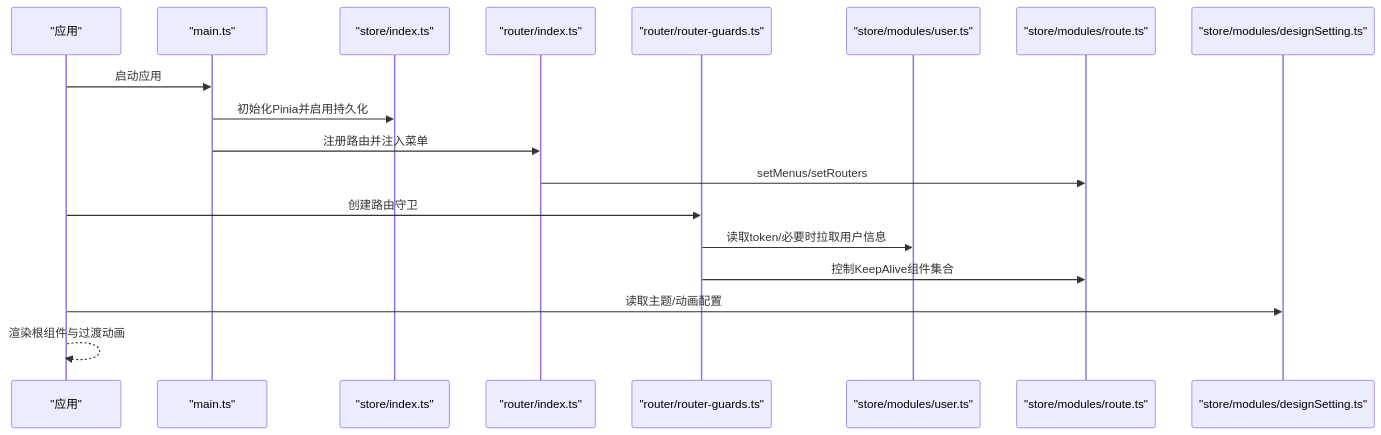
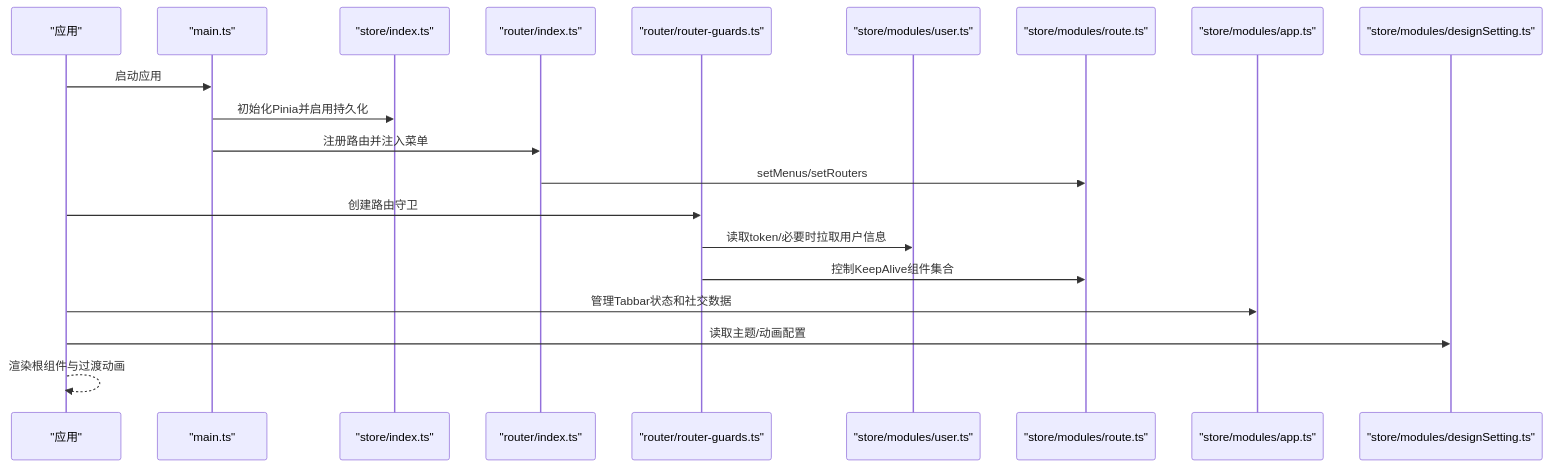
The second of 8 diagrams in .qoder/repowiki/zh/content/核心系统/状态管理系统/状态管理系统.md (giserman001/vue3-vant4-mobile), drawn with Mermaid before and after one commit. The commit also changed other lines of this file and 60 other files, not shown here.

````diff
--- a/.qoder/repowiki/zh/content/核心系统/状态管理系统/状态管理系统.md
+++ b/.qoder/repowiki/zh/content/核心系统/状态管理系统/状态管理系统.md
@@ -121,20 +136,22 @@
 ```mermaid
 sequenceDiagram
 participant App as "应用"
 participant Main as "main.ts"
 participant Store as "store/index.ts"
 participant Router as "router/index.ts"
 participant Guards as "router/router-guards.ts"
 participant User as "store/modules/user.ts"
 participant Route as "store/modules/route.ts"
+participant AppStore as "store/modules/app.ts"
 participant Design as "store/modules/designSetting.ts"
 App->>Main : 启动应用
 Main->>Store : 初始化Pinia并启用持久化
 Main->>Router : 注册路由并注入菜单
 Router->>Route : setMenus/setRouters
 App->>Guards : 创建路由守卫
 Guards->>User : 读取token/必要时拉取用户信息
 Guards->>Route : 控制KeepAlive组件集合
+App->>AppStore : 管理Tabbar状态和社交数据
 App->>Design : 读取主题/动画配置
 App-->>App : 渲染根组件与过渡动画
 ```
````
